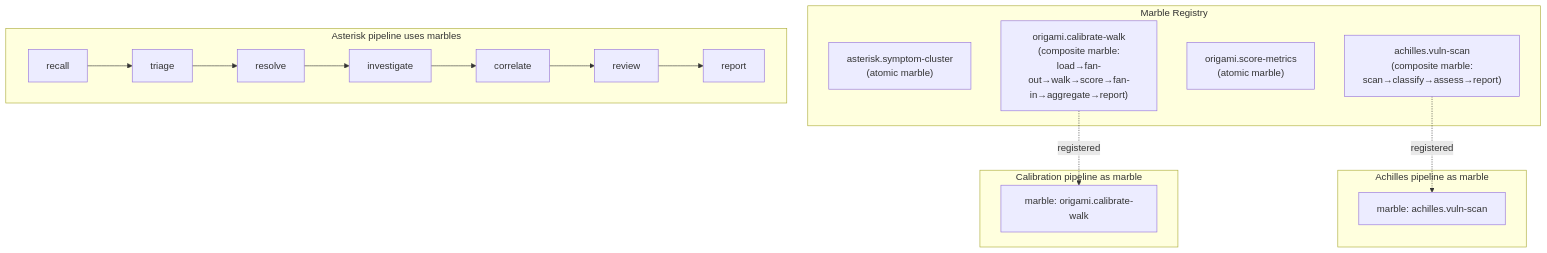
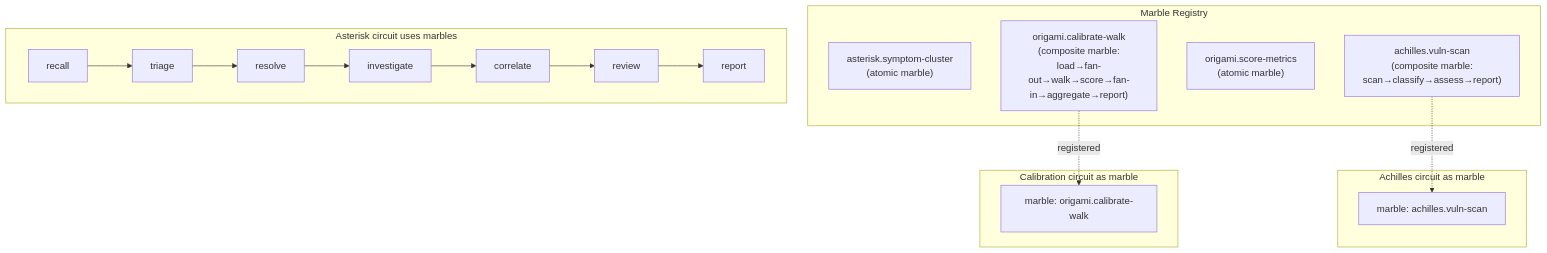
The second of 2 diagrams in .cursor/contracts/completed/framework/origami-marbles.md (dpopsuev/origami), drawn with Mermaid before and after one commit. The commit also changed other lines of this file and 315 other files, not shown here.

````diff
--- a/.cursor/contracts/completed/framework/origami-marbles.md
+++ b/.cursor/contracts/completed/framework/origami-marbles.md
@@ -65,25 +65,25 @@
 ```mermaid
 flowchart TB
     subgraph marbles [Marble Registry]
         M1["asterisk.symptom-cluster\n(atomic marble)"]
         M2["achilles.vuln-scan\n(composite marble:\nscan→classify→assess→report)"]
         M3["origami.score-metrics\n(atomic marble)"]
         M4["origami.calibrate-walk\n(composite marble:\nload→fan-out→walk→score→fan-in→aggregate→report)"]
     end
 
-    subgraph ast2 [Asterisk pipeline uses marbles]
+    subgraph ast2 [Asterisk circuit uses marbles]
         A1b[recall] --> A2b[triage] --> A4b[resolve]
         A4b --> A5b[investigate] --> A6b[correlate] --> A7b[review] --> A8b[report]
     end
 
-    subgraph ach2 [Achilles pipeline as marble]
+    subgraph ach2 [Achilles circuit as marble]
         M2ref["marble: achilles.vuln-scan"]
     end
 
-    subgraph cal2 [Calibration pipeline as marble]
+    subgraph cal2 [Calibration circuit as marble]
         M4ref["marble: origami.calibrate-walk"]
     end
 
     M2 -.->|"registered"| M2ref
     M4 -.->|"registered"| M4ref
 ```
````
